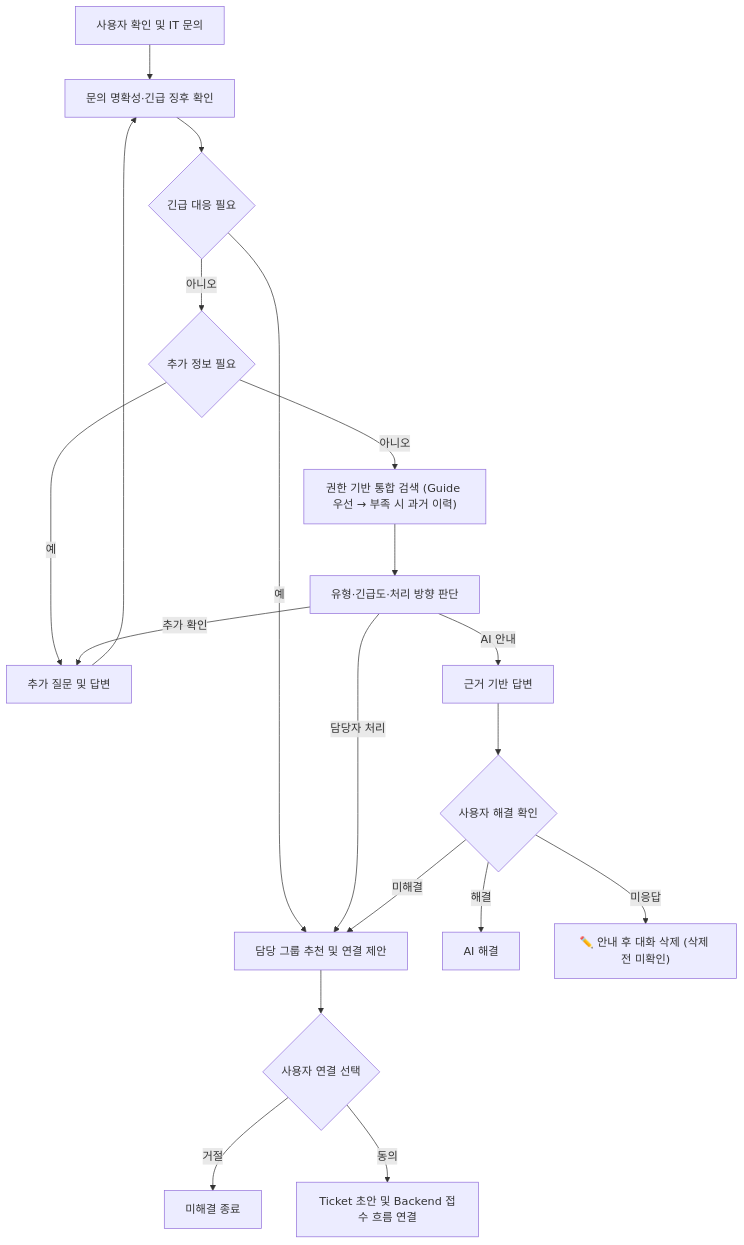
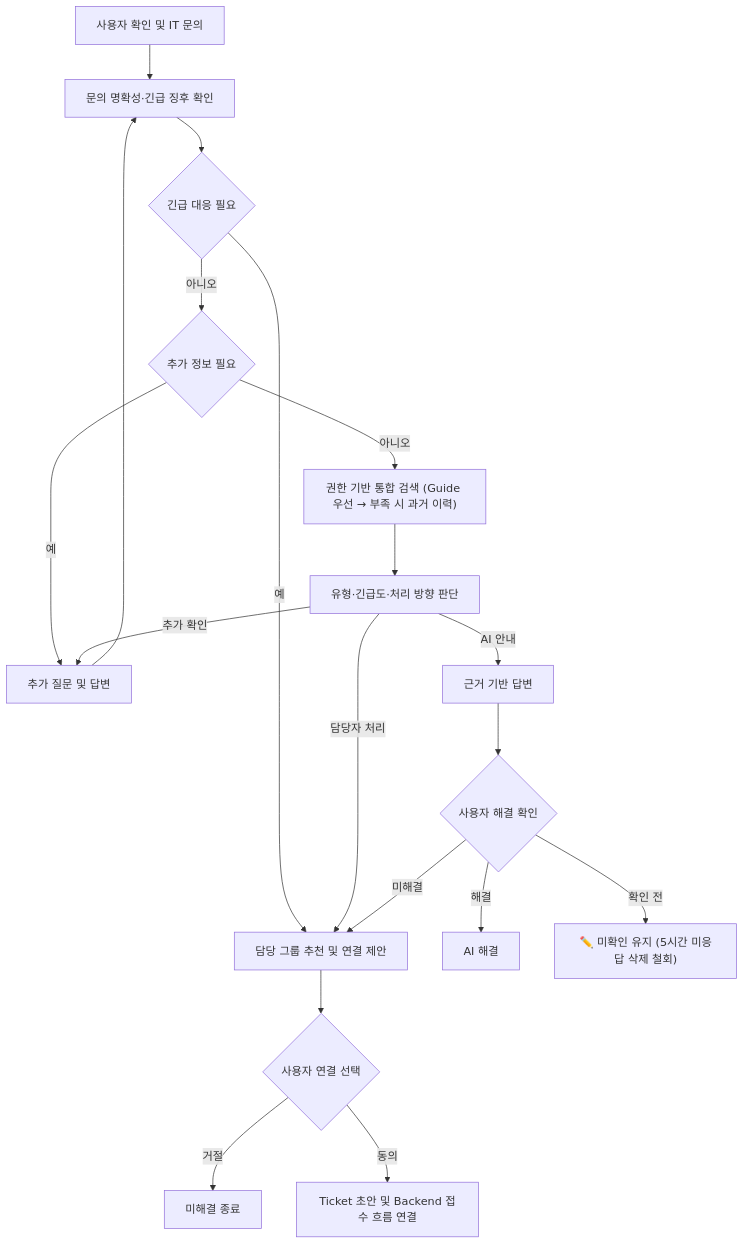
Before and after one commit to issue-helpdesk/issue-helpdesk: the second of 5 diagrams in docs/04.시스템_설계서.md, drawn with Mermaid. The commit also changed other lines of this file and 3 other files, not shown here.

````diff
--- a/docs/04.시스템_설계서.md
+++ b/docs/04.시스템_설계서.md
@@ -275,25 +275,25 @@
 ```mermaid
 flowchart TD
     A["사용자 확인 및 IT 문의"] --> B["문의 명확성·긴급 징후 확인"]
     B --> C{"긴급 대응 필요"}
 
     C -- 예 --> H["담당 그룹 추천 및 연결 제안"]
     C -- 아니오 --> D{"추가 정보 필요"}
     D -- 예 --> E["추가 질문 및 답변"]
     E --> B
     D -- 아니오 --> F["권한 기반 통합 검색 (Guide 우선 → 부족 시 과거 이력)"]
     F --> G["유형·긴급도·처리 방향 판단"]
 
     G -- 추가 확인 --> E
     G -- AI 안내 --> I["근거 기반 답변"]
     G -- 담당자 처리 --> H
 
     I --> J{"사용자 해결 확인"}
     J -- 해결 --> K["AI 해결"]
     J -- 미해결 --> H
-    J -- 미응답 --> L["✏️ 안내 후 대화 삭제 (삭제 전 미확인)"]
+    J -- 확인 전 --> L["✏️ 미확인 유지 (5시간 미응답 삭제 철회)"]
 
     H --> M{"사용자 연결 선택"}
     M -- 거절 --> N["미해결 종료"]
     M -- 동의 --> O["Ticket 초안 및 Backend 접수 흐름 연결"]
 ```
````
